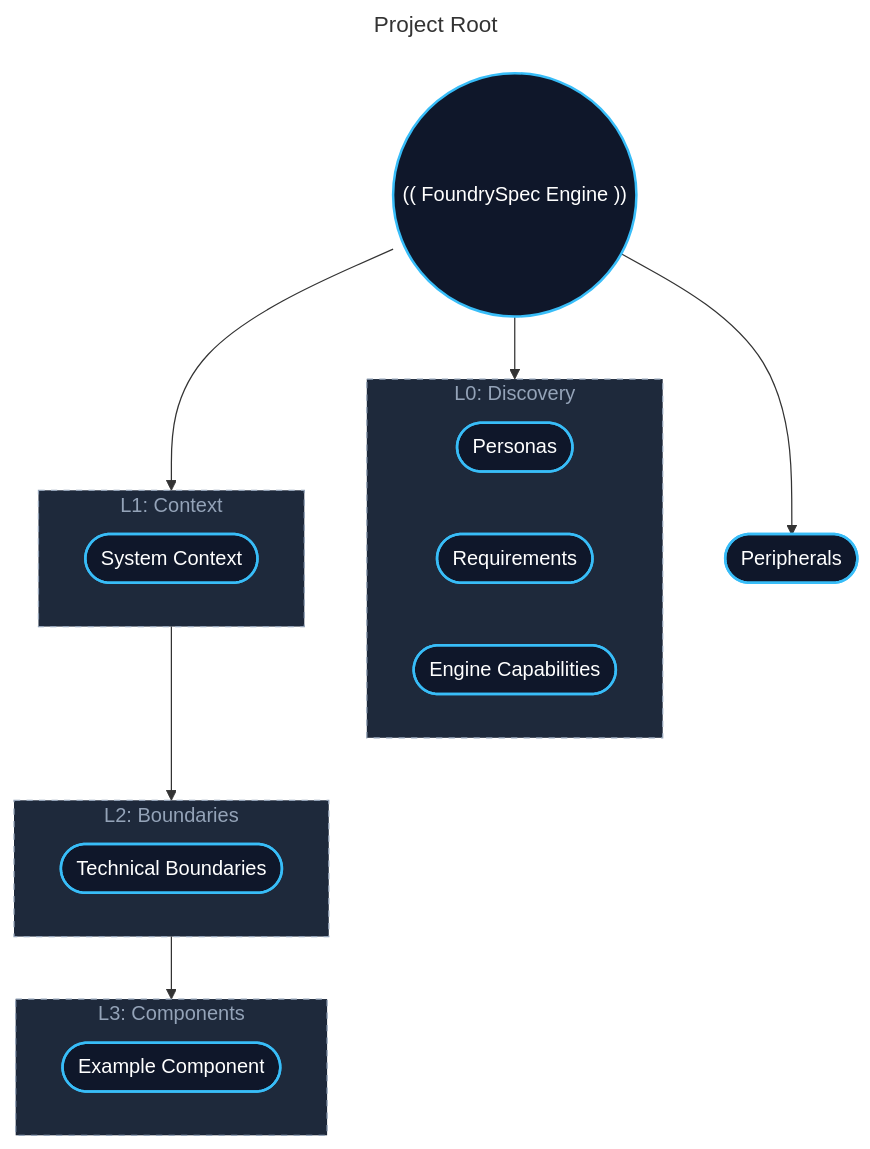
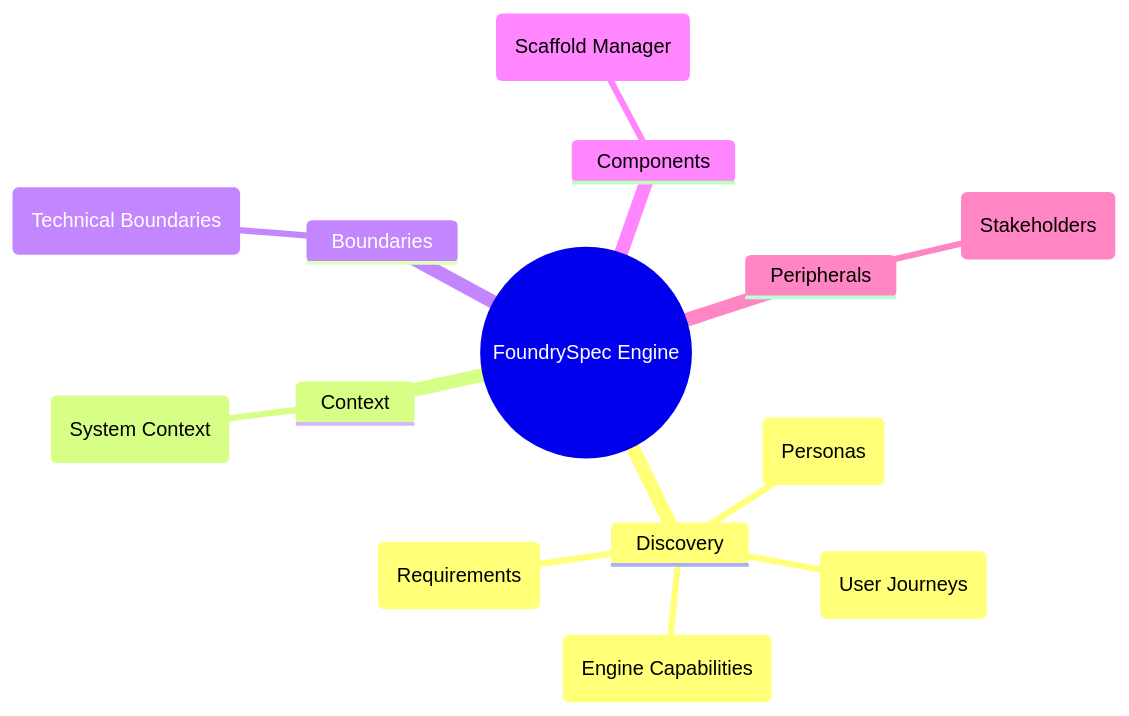
One commit to futurefoundai/foundryspec changed the diagram in foundryspec/root.mermaid. Above: the diagram before and after it, drawn with Mermaid. The commit also changed 5 other files, not shown here.

First line of the commit message:
feat: modularize frontend hub and upgrade root to mindmap

```diff
--- a/foundryspec/root.mermaid
+++ b/foundryspec/root.mermaid
@@ -1,49 +1,30 @@
 ---
 title: Project Root
 description: The entry point for the documentation graph.
 traceability:
   id: "ROOT"
   downlinks:
     - "PER_EndUser"
     - "PER_Stakeholder"
     - "REQ_Functional"
     - "CTX_System"
     - "BND_App"
     - "COMP_Scaffold"
     - "FEAT_Capabilities"
     - "assets/discovery/journeys.mermaid"
 ---
-graph TD
-    %% Custom Styling
-    classDef default fill:#0f172a,stroke:#38bdf8,stroke-width:2px,color:#fff;
-    classDef layer fill:#1e293b,stroke:#94a3b8,stroke-width:1px,color:#94a3b8,stroke-dasharray: 5 5;
-
-    ROOT(("(( FoundrySpec Engine ))"))
-    
-    ROOT --> L0
-    subgraph L0 [L0: Discovery]
-        direction LR
-        PER_EndUser([Personas])
-        REQ_Functional([Requirements])
-        FEAT_Capabilities([Engine Capabilities])
-    end
-    
-    ROOT --> L1
-    subgraph L1 [L1: Context]
-        CTX_System([System Context])
-    end
-    
-    L1 --> L2
-    subgraph L2 [L2: Boundaries]
-        BND_App([Technical Boundaries])
-    end
-    
-    L2 --> L3
-    subgraph L3 [L3: Components]
-        COMP_Example([Example Component])
-    end
-
-    ROOT --> Peripherals([Peripherals])
-    
-    %% Apply Styles
-    class L0,L1,L2,L3 layer;
+mindmap
+  root((FoundrySpec Engine))
+    Discovery
+      PER_EndUser(Personas)
+      REQ_Functional(Requirements)
+      FEAT_Capabilities(Engine Capabilities)
+      assets/discovery/journeys.mermaid(User Journeys)
+    Context
+      CTX_System(System Context)
+    Boundaries
+      BND_App(Technical Boundaries)
+    Components
+      COMP_Scaffold(Scaffold Manager)
+    Peripherals
+      PER_Stakeholder(Stakeholders)
```
